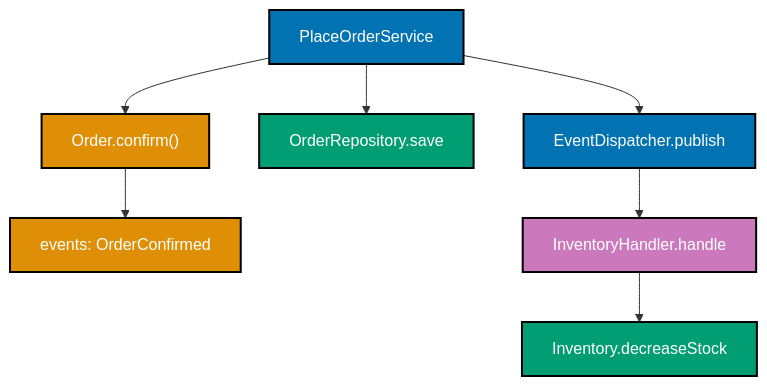
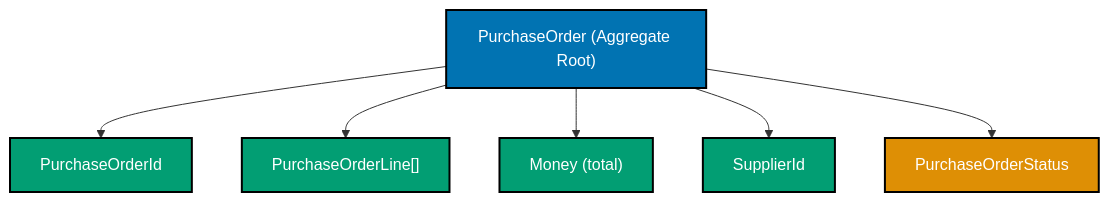
Before and after one commit to wahidyankf/open-sharia-enterprise: the diagram in apps/ayokoding-web/content/en/learn/software-engineering/architecture/domain-driven-design-ddd/oop-by-example/intermediate.md, drawn with Mermaid. The commit also changed other lines of this file and 38 other files, not shown here.

First line of the commit message:
docs(ayokoding-web): unify architecture tutorials on shared P2P domain

````diff
--- a/apps/ayokoding-web/content/en/learn/software-engineering/architecture/domain-driven-design-ddd/oop-by-example/intermediate.md
+++ b/apps/ayokoding-web/content/en/learn/software-engineering/architecture/domain-driven-design-ddd/oop-by-example/intermediate.md
@@ -1684,14 +18,20 @@
 ```mermaid
+%% Palette: Blue #0173B2, Orange #DE8F05, Teal #029E73
 graph TD
-    A["PlaceOrderService"]:::blue --> B["Order.confirm#40;#41;"]:::orange
-    B --> C["events: OrderConfirmed"]:::orange
-    A --> D["OrderRepository.save"]:::teal
-    A --> E["EventDispatcher.publish"]:::blue
-    E --> F["InventoryHandler.handle"]:::purple
-    F --> G["Inventory.decreaseStock"]:::teal
+    A["PurchaseOrder (Aggregate Root)"]:::blue
+    B["PurchaseOrderId"]:::teal
+    C["PurchaseOrderLine[]"]:::teal
+    D["Money (total)"]:::teal
+    E["SupplierId"]:::teal
+    F["PurchaseOrderStatus"]:::orange
+
+    A --> B
+    A --> C
+    A --> D
+    A --> E
+    A --> F
 
     classDef blue fill:#0173B2,stroke:#000000,color:#FFFFFF,stroke-width:2px
+    classDef teal fill:#029E73,stroke:#000000,color:#FFFFFF,stroke-width:2px
     classDef orange fill:#DE8F05,stroke:#000000,color:#FFFFFF,stroke-width:2px
-    classDef teal fill:#029E73,stroke:#000000,color:#FFFFFF,stroke-width:2px
-    classDef purple fill:#CC78BC,stroke:#000000,color:#FFFFFF,stroke-width:2px
 ```
````
